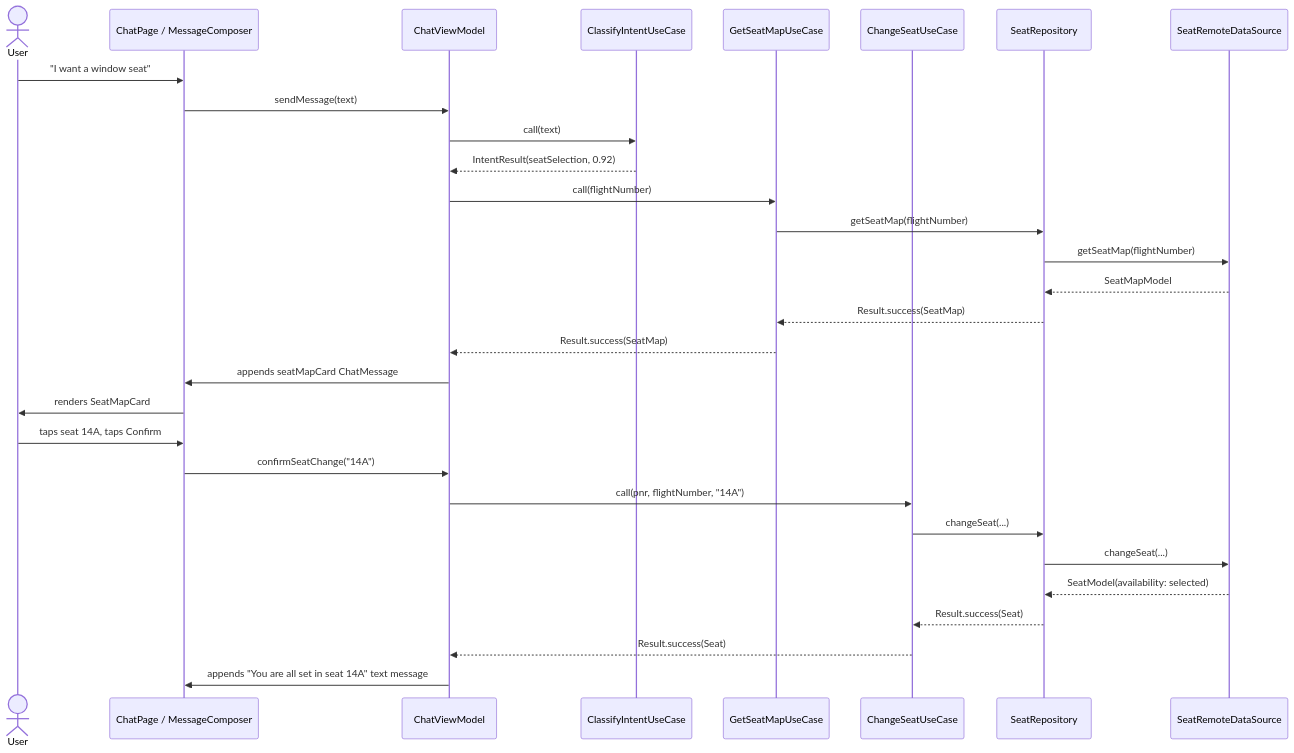
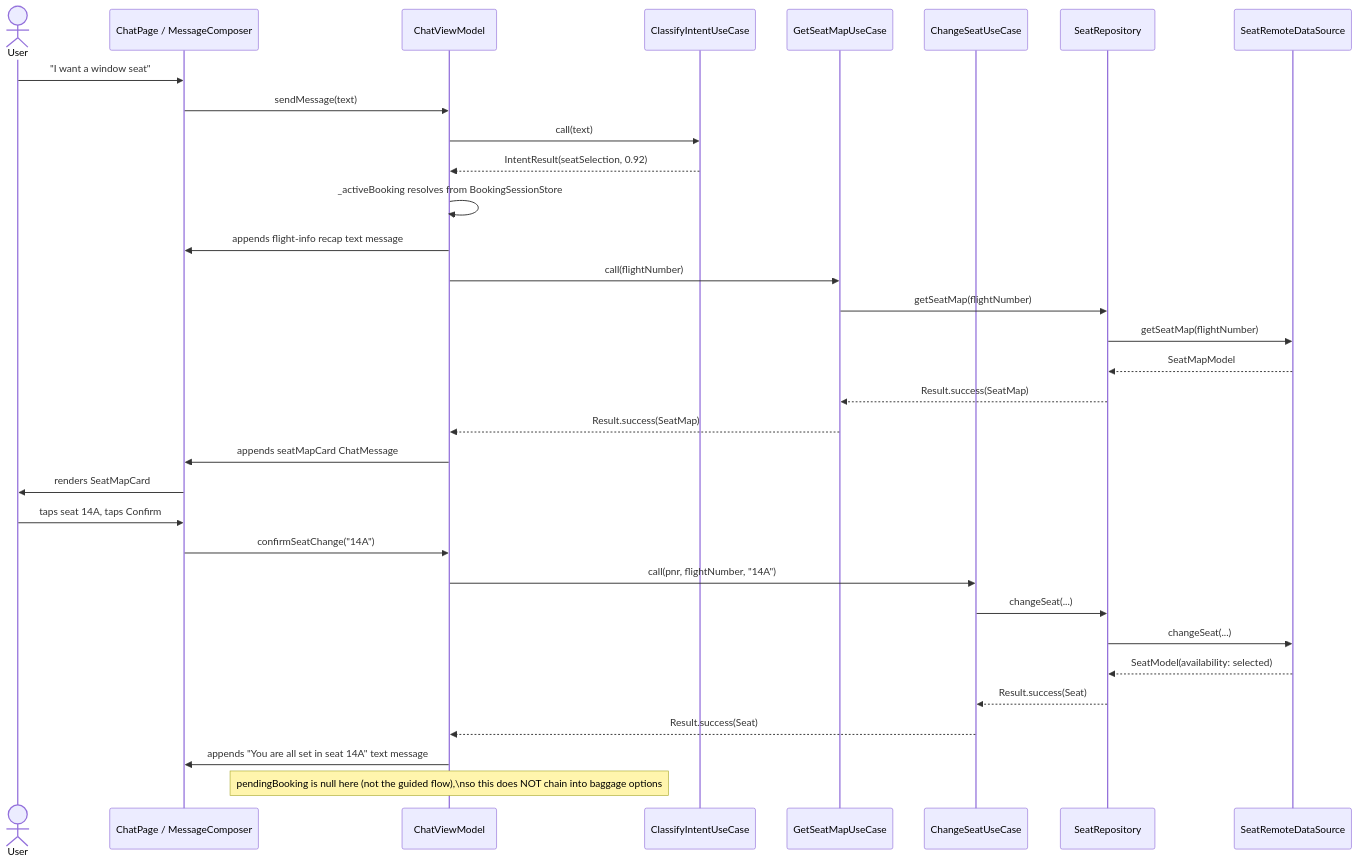
One commit to coforge-manoj/travelbuddy changed the third of 5 diagrams in docs/SEQUENCE_DIAGRAMS.md. Above: the diagram before and after it, drawn with Mermaid. The commit also changed other lines of this file and 11 other files, not shown here.

````diff
--- a/docs/SEQUENCE_DIAGRAMS.md
+++ b/docs/SEQUENCE_DIAGRAMS.md
@@ -5,34 +82,37 @@
 ```mermaid
 sequenceDiagram
     actor User
     participant UI as ChatPage / MessageComposer
     participant VM as ChatViewModel
     participant CI as ClassifyIntentUseCase
     participant GS as GetSeatMapUseCase
     participant CS as ChangeSeatUseCase
     participant Repo as SeatRepository
     participant DS as SeatRemoteDataSource
 
     User->>UI: "I want a window seat"
     UI->>VM: sendMessage(text)
     VM->>CI: call(text)
     CI-->>VM: IntentResult(seatSelection, 0.92)
+    VM->>VM: _activeBooking resolves from BookingSessionStore
+    VM->>UI: appends flight-info recap text message
     VM->>GS: call(flightNumber)
     GS->>Repo: getSeatMap(flightNumber)
     Repo->>DS: getSeatMap(flightNumber)
     DS-->>Repo: SeatMapModel
     Repo-->>GS: Result.success(SeatMap)
     GS-->>VM: Result.success(SeatMap)
     VM->>UI: appends seatMapCard ChatMessage
     UI->>User: renders SeatMapCard
 
     User->>UI: taps seat 14A, taps Confirm
     UI->>VM: confirmSeatChange("14A")
     VM->>CS: call(pnr, flightNumber, "14A")
     CS->>Repo: changeSeat(...)
     Repo->>DS: changeSeat(...)
     DS-->>Repo: SeatModel(availability: selected)
     Repo-->>CS: Result.success(Seat)
     CS-->>VM: Result.success(Seat)
     VM->>UI: appends "You are all set in seat 14A" text message
+    Note over VM: pendingBooking is null here (not the guided flow),\nso this does NOT chain into baggage options
 ```
````
